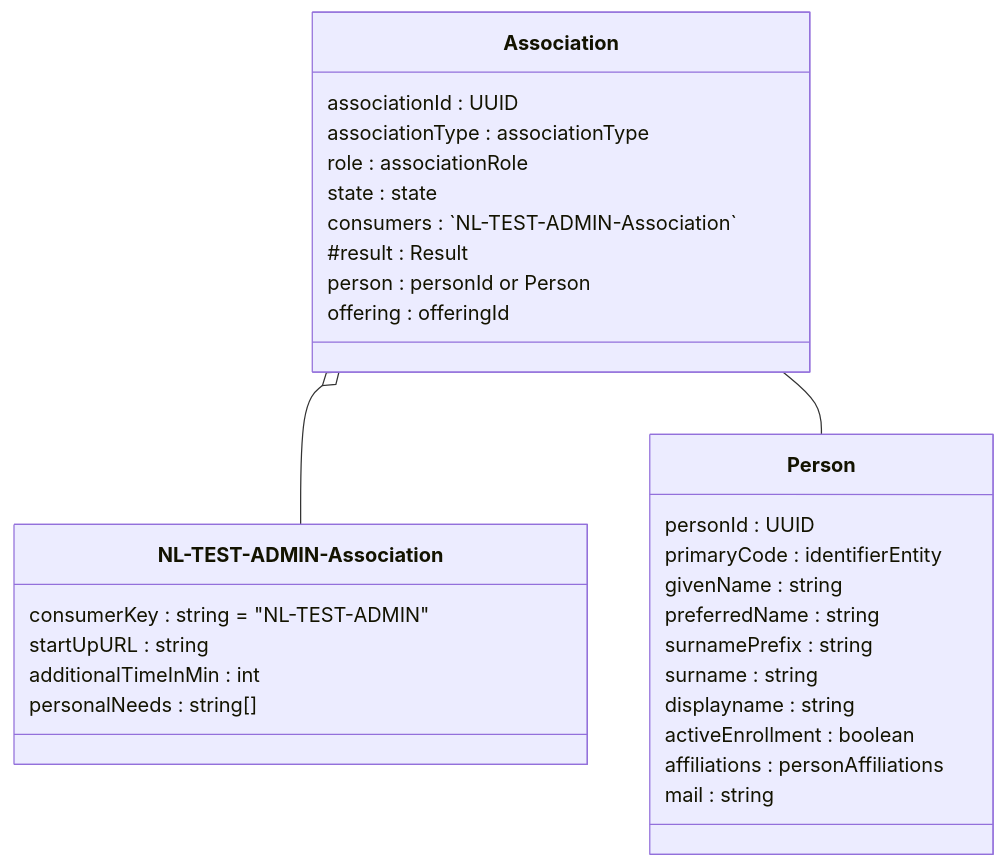
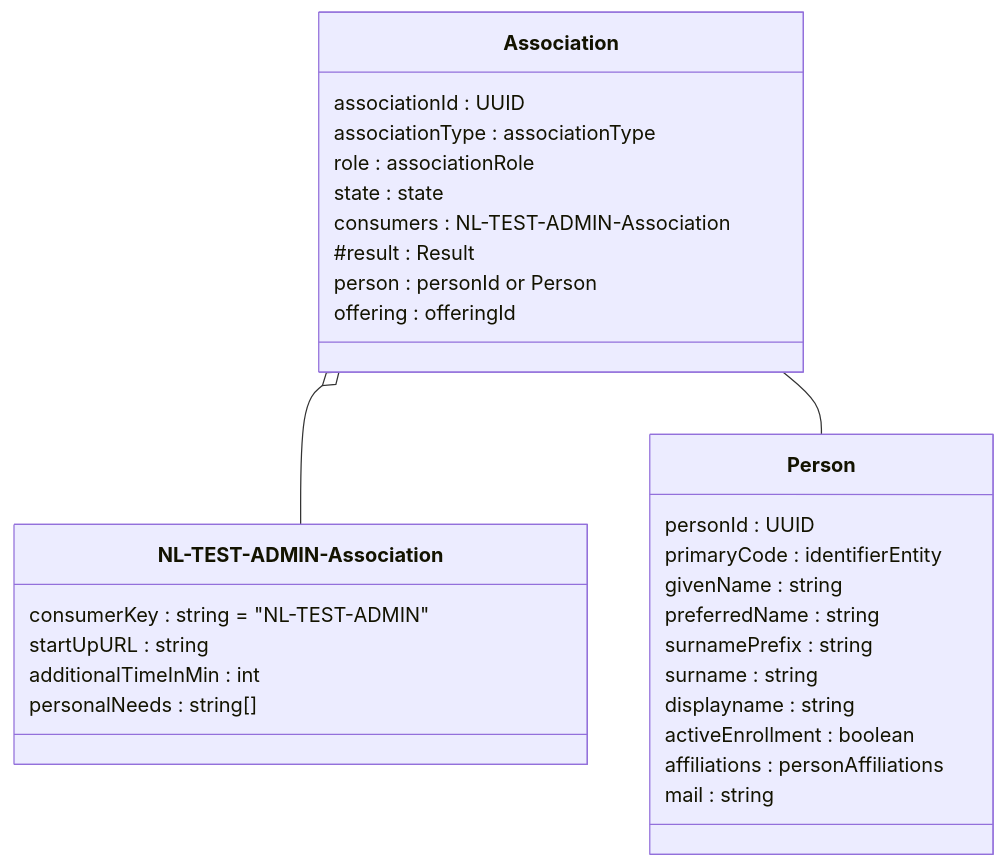
The fourth of 10 diagrams in doc/flow2.md (NetwerkExamineringDigitalisering/NED-OOAPI), drawn with Mermaid before and after one commit. The commit also changed other lines of this file, not shown here.

Commit message:
update flow2

````diff
--- a/doc/flow2.md
+++ b/doc/flow2.md
@@ -161,33 +161,33 @@
 ```mermaid
 classDiagram
     class Association {
     	associationId : UUID
 		associationType : associationType
 		role : associationRole
 		state : state
-		consumers : `NL-TEST-ADMIN-Association`
+		consumers : NL-TEST-ADMIN-Association
 	#	result : Result
 		person : personId or Person
 		offering : offeringId
     }
     class `NL-TEST-ADMIN-Association` {
     	consumerKey : string = "NL-TEST-ADMIN"
 		startUpURL : string
 		additionalTimeInMin : int
 		personalNeeds : string[]
     }
     class Person {
 		personId : UUID
 		primaryCode : identifierEntity
 		givenName : string
 		preferredName : string
 		surnamePrefix : string 
 		surname : string
 		displayname : string
 		activeEnrollment : boolean 
 		affiliations : personAffiliations
 		mail : string
     }
     Association o-- `NL-TEST-ADMIN-Association`
     Association -- Person
 ```
````
